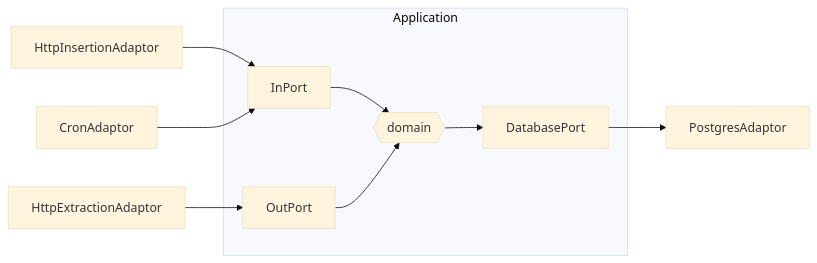
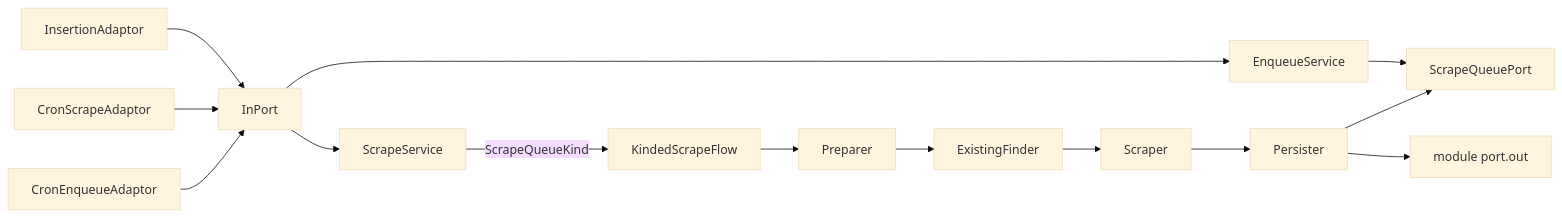
One commit to KGjertsson/macro-hub changed the second of 3 diagrams in macro-backend/macro-analyzer/README.md. Above: the diagram before and after it, drawn with Mermaid (base theme). The commit also changed other lines of this file and 37 other files, not shown here.

First line of the commit message:
refactor: tighten architecture rules and document the module layout (#56)

````diff
--- a/macro-backend/macro-analyzer/README.md
+++ b/macro-backend/macro-analyzer/README.md
@@ -6,13 +27,12 @@
 ```mermaid
 flowchart LR
-    HttpInsertionAdaptor --> InPort
-    HttpExtractionAdaptor --> OutPort
-    CronAdaptor --> InPort
-    subgraph A[Application]
-        InPort --> domain
-        OutPort --> domain
-        domain{{domain}}
-        domain --> DatabasePort
-    end
-    DatabasePort --> PostgresAdaptor
+    InsertionAdaptor --> InPort
+    CronScrapeAdaptor --> InPort
+    CronEnqueueAdaptor --> InPort
+    InPort --> EnqueueService --> ScrapeQueuePort
+    InPort --> ScrapeService
+    ScrapeService -- ScrapeQueueKind --> KindedScrapeFlow
+    KindedScrapeFlow --> Preparer --> ExistingFinder --> Scraper --> Persister
+    Persister --> RepositoryPort[module port.out]
+    Persister --> ScrapeQueuePort
 ```
````
